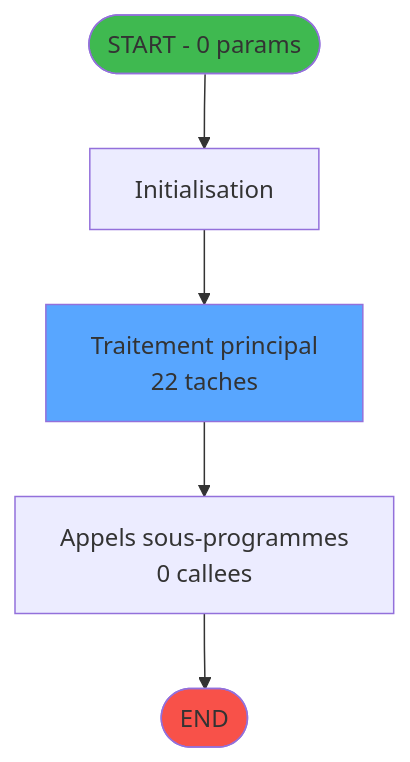
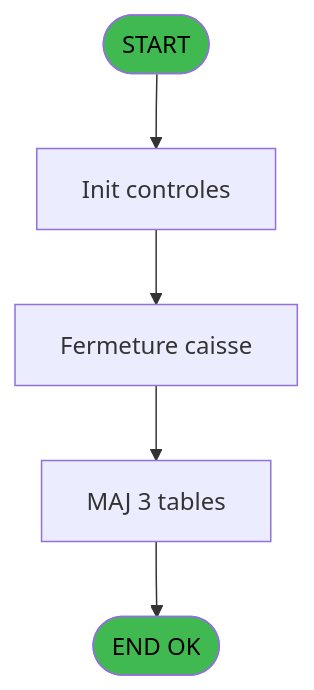
Before and after one commit to thonyAGP/magic-migration: the second of 4 diagrams in .openspec/specs/ADH-IDE-131.md, drawn with Mermaid. The commit also changed other lines of this file and 253 other files, not shown here.

````diff
--- a/.openspec/specs/ADH-IDE-131.md
+++ b/.openspec/specs/ADH-IDE-131.md
@@ -91,14 +2300,14 @@
 ```mermaid
 flowchart TD
-    START([START - 0 params])
-    INIT["Initialisation"]
-    PROCESS["Traitement principal<br/>22 taches"]
-    CALLS["Appels sous-programmes<br/>0 callees"]
-    ENDOK([END])
+    START([START])
+    INIT[Init controles]
+    SAISIE[Fermeture caisse]
+    UPDATE[MAJ 3 tables]
+    ENDOK([END OK])
 
-    START --> INIT --> PROCESS --> CALLS --> ENDOK
+    START --> INIT --> SAISIE
+    SAISIE --> UPDATE --> ENDOK
 
-    style START fill:#3fb950
-    style ENDOK fill:#f85149
-    style PROCESS fill:#58a6ff
+    style START fill:#3fb950,color:#000
+    style ENDOK fill:#3fb950,color:#000
 ```
````
